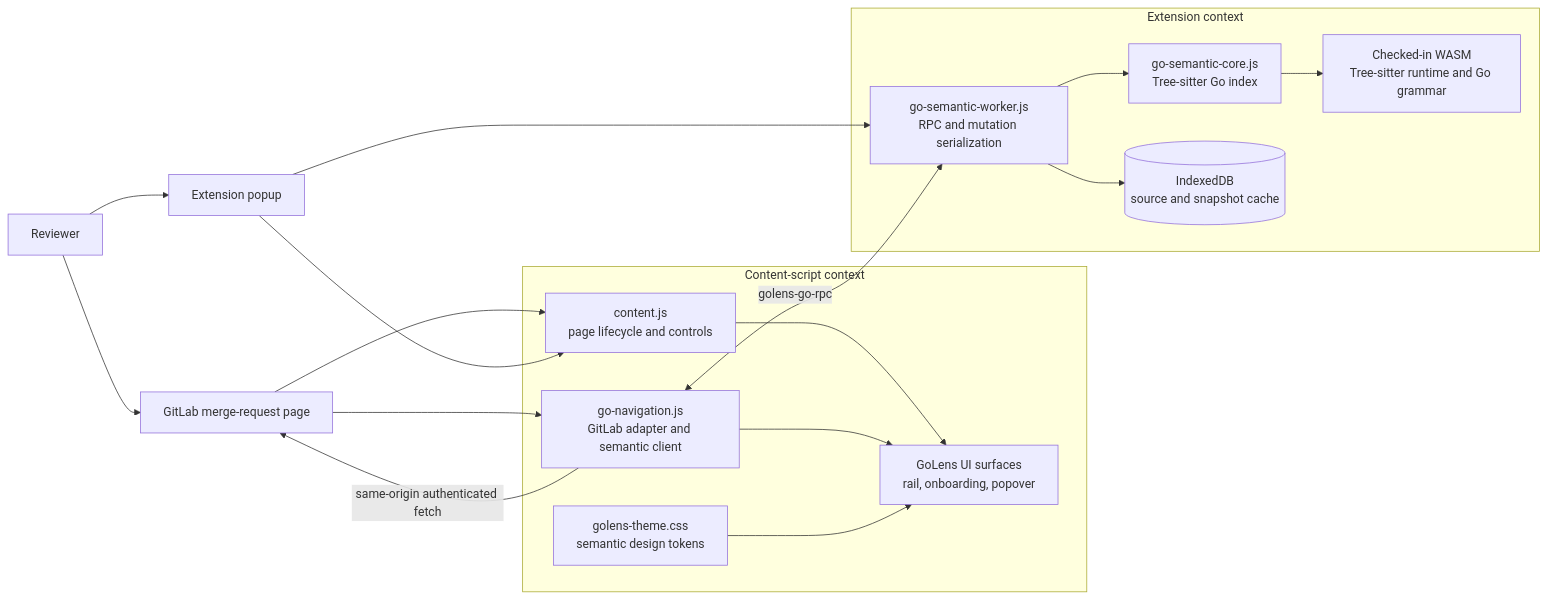
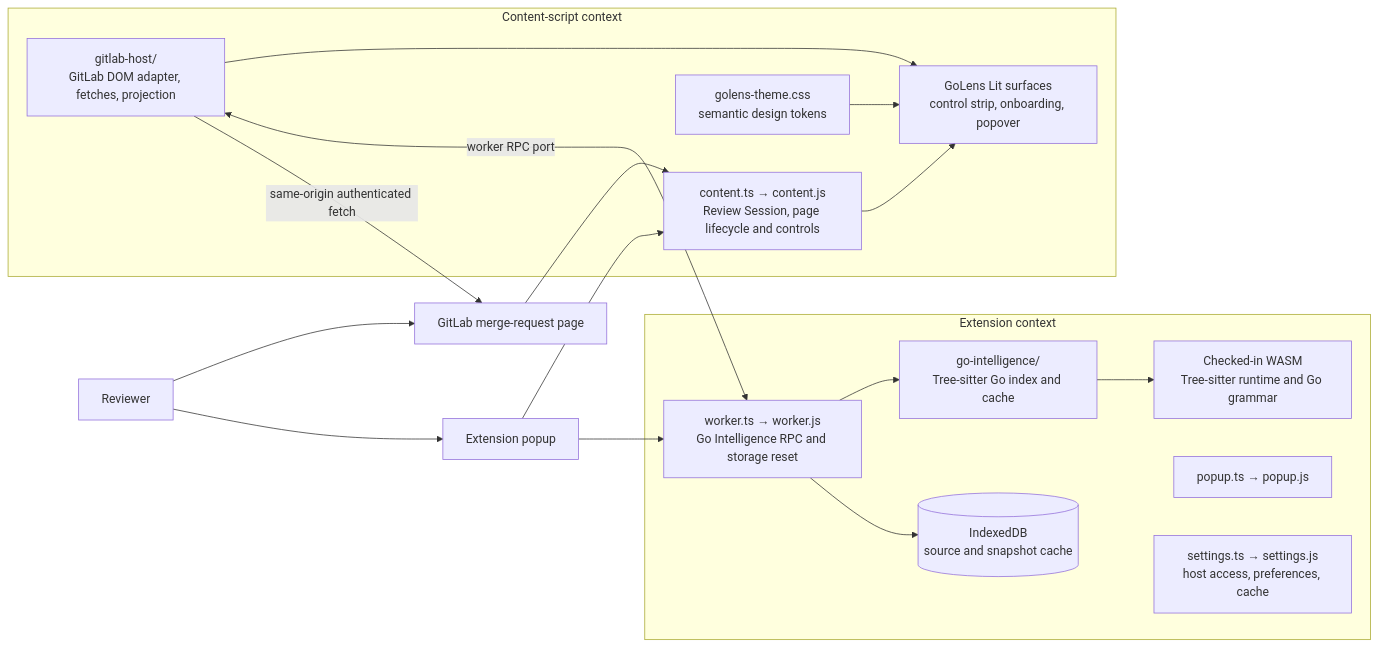
Before and after one commit to bad33ndj3/GoLens-for-GitLab: the diagram in DESIGN.md, drawn with Mermaid. The commit also changed other lines of this file and 47 other files, not shown here.

````diff
--- a/DESIGN.md
+++ b/DESIGN.md
@@ -49,32 +49,33 @@
 ```mermaid
 flowchart LR
     U[Reviewer] --> G[GitLab merge-request page]
     U --> P[Extension popup]
 
     subgraph Page[Content-script context]
-        C[content.js<br/>page lifecycle and controls]
-        N[go-navigation.js<br/>GitLab adapter and semantic client]
-        V[GoLens UI surfaces<br/>rail, onboarding, popover]
+        C[content.ts → content.js<br/>Review Session, page lifecycle and controls]
+        H[gitlab-host/<br/>GitLab DOM adapter, fetches, projection]
+        V[GoLens Lit surfaces<br/>control strip, onboarding, popover]
         T[golens-theme.css<br/>semantic design tokens]
     end
 
     subgraph Extension[Extension context]
-        W[go-semantic-worker.js<br/>RPC and mutation serialization]
-        I[go-semantic-core.js<br/>Tree-sitter Go index]
+        W[worker.ts → worker.js<br/>Go Intelligence RPC and storage reset]
+        I[go-intelligence/<br/>Tree-sitter Go index and cache]
         D[(IndexedDB<br/>source and snapshot cache)]
         X[Checked-in WASM<br/>Tree-sitter runtime and Go grammar]
+        POP[popup.ts → popup.js]
+        SET[settings.ts → settings.js<br/>host access, preferences, cache]
     end
 
     G --> C
-    G --> N
+    H --> V
     C --> V
-    N --> V
     T --> V
     P --> C
     P --> W
-    N <-->|golens-go-rpc| W
-    N -->|same-origin authenticated fetch| G
+    H <-->|worker RPC port| W
+    H -->|same-origin authenticated fetch| G
     W --> I
     W --> D
     I --> X
 ```
````
